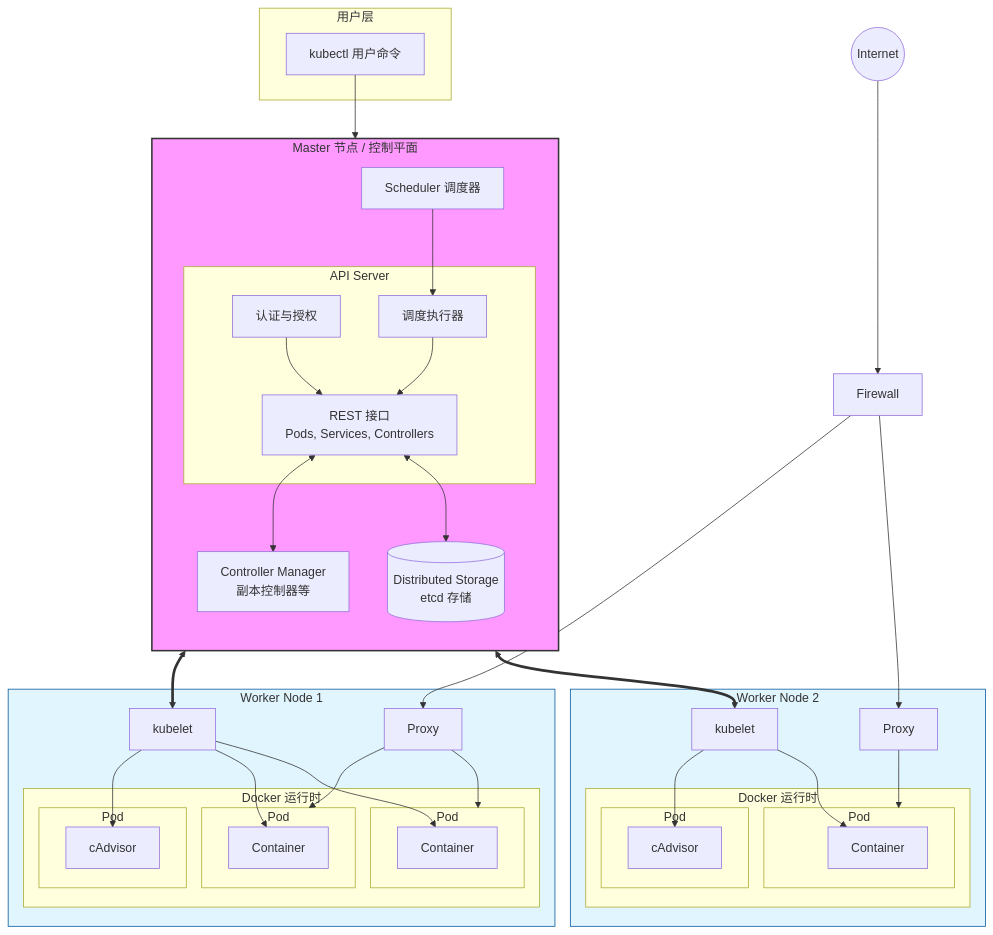
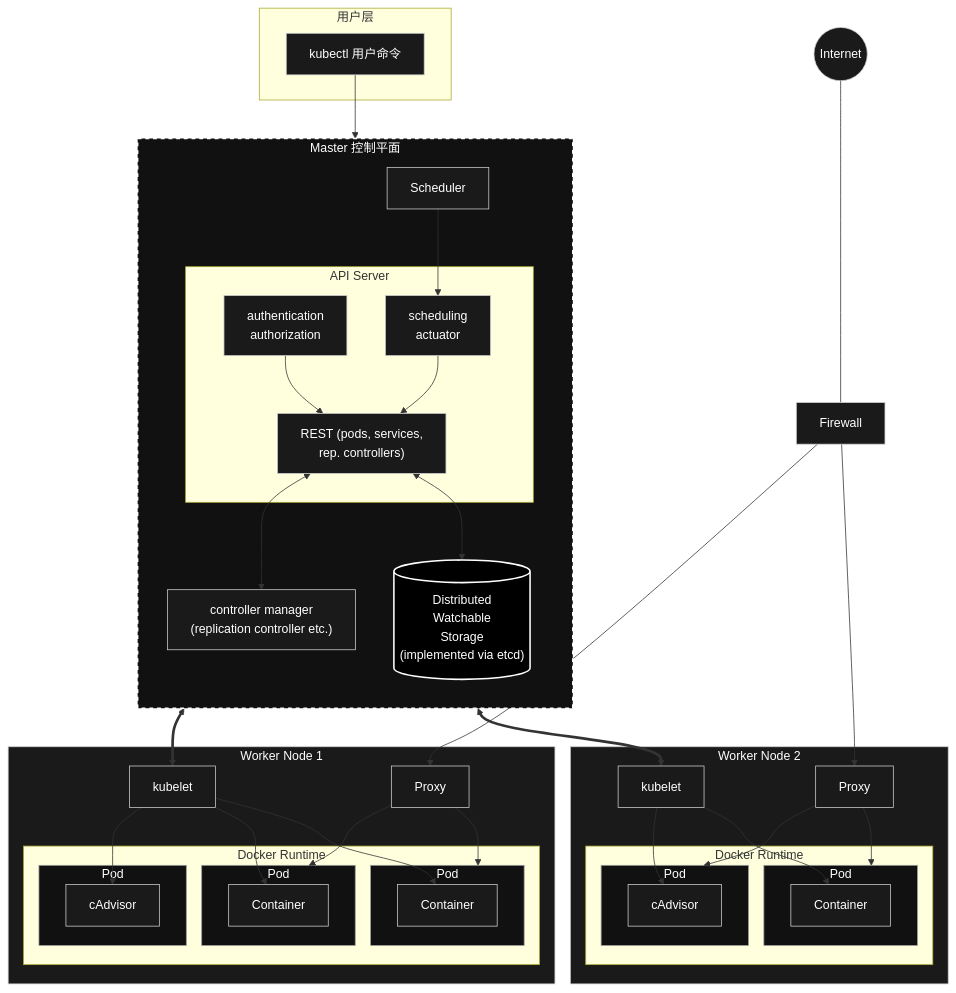
The first of 2 diagrams in 容器技术/k8s/了解k8s/2.k8s的架构.md (Wavepoet/hikari_Notes_linux), drawn with Mermaid before and after one commit. The commit also changed other lines of this file and 3 other files, not shown here.

````diff
--- a/容器技术/k8s/了解k8s/2.k8s的架构.md
+++ b/容器技术/k8s/了解k8s/2.k8s的架构.md
@@ -7,23 +7,30 @@
 ```mermaid
 graph TB
+    %% 定义深色模式全局样式
+    classDef default fill:#1a1a1a,stroke:#ccc,color:#fff;
+    classDef master fill:#111,stroke:#fff,stroke-width:2px,stroke-dasharray: 5 5,color:#fff;
+    classDef node fill:#1a1a1a,stroke:#ccc,color:#fff;
+    classDef pod fill:#111,stroke:#999,color:#fff;
+    classDef storage fill:#000,stroke:#fff,color:#fff,stroke-width:2px;
+
     subgraph User_Space [用户层]
         kubectl[kubectl 用户命令]
     end
 
-    subgraph Master_Node [Master 节点 / 控制平面]
+    subgraph Master_Node [Master 控制平面]
         direction TB
         subgraph APIs [API Server]
-            auth[认证与授权]
-            rest[REST 接口<br/>Pods, Services, Controllers]
-            actuator[调度执行器]
+            auth[authentication<br/>authorization]
+            rest["REST (pods, services,<br/>rep. controllers)"]
+            actuator[scheduling<br/>actuator]
             
             auth --> rest
             actuator --> rest
         end
         
-        scheduler[Scheduler 调度器]
-        ctrl_mgr[Controller Manager<br/>副本控制器等]
-        etcd[(Distributed Storage<br/>etcd 存储)]
+        scheduler[Scheduler]
+        ctrl_mgr["controller manager<br/>(replication controller etc.)"]
+        etcd[("Distributed<br/>Watchable<br/>Storage<br/>(implemented via etcd)")]
 
         scheduler --> actuator
         rest <--> ctrl_mgr
@@ -34,7 +41,7 @@
         kubelet_1[kubelet]
         proxy_1[Proxy]
         
-        subgraph Docker_1 [Docker 运行时]
+        subgraph Docker_1 [Docker Runtime]
             subgraph Pod_1a [Pod]
                 cadvisor_1[cAdvisor]
             end
@@ -57,7 +64,7 @@
         kubelet_2[kubelet]
         proxy_2[Proxy]
         
-        subgraph Docker_2 [Docker 运行时]
+        subgraph Docker_2 [Docker Runtime]
             subgraph Pod_2a [Pod]
                 cadvisor_2[cAdvisor]
             end
@@ -68,11 +75,12 @@
 
         kubelet_2 --> cadvisor_2
         kubelet_2 --> container_2b
+        proxy_2 --> Pod_2a
         proxy_2 --> Pod_2b
     end
 
     %% 外部连接
-    Internet((Internet)) --> Firewall[Firewall]
+    Internet((Internet)) --- Firewall[Firewall]
     Firewall --> proxy_1
     Firewall --> proxy_2
 
@@ -80,8 +88,14 @@
     rest <==> kubelet_1
     rest <==> kubelet_2
 
-    %% 样式
-    style Master_Node fill:#f9f,stroke:#333,stroke-width:2px
-    style Node_1 fill:#e1f5fe,stroke:#01579b
-    style Node_2 fill:#e1f5fe,stroke:#01579b
+    %% 应用样式
+    class Master_Node master;
+    class Node_1,Node_2 node;
+    class Pod_1a,Pod_1b,Pod_1c,Pod_2a,Pod_2b pod;
+    class etcd storage;
+    
+    %% 外部节点文字颜色
+    style kubectl color:#fff;
+    style Internet color:#fff;
+    style Firewall color:#fff;
 ```
````
